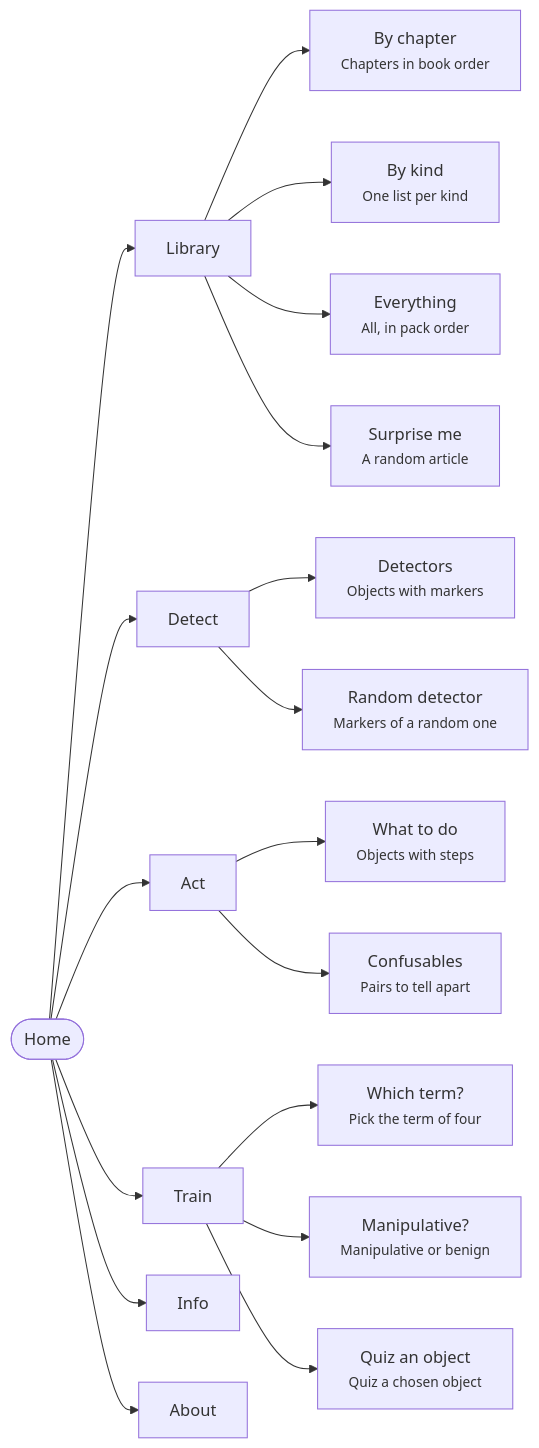
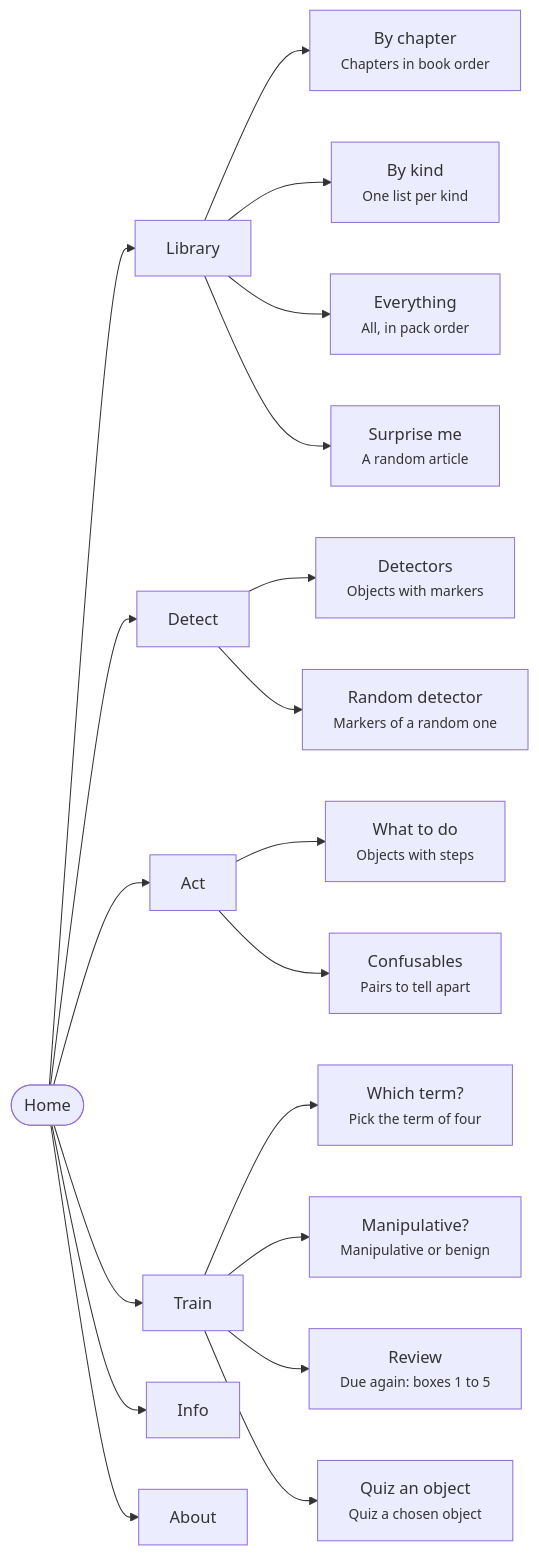
One commit to korczis/prismatic-flipperzero changed the first of 3 diagrams in README.md. Above: the diagram before and after it, drawn with Mermaid. The commit also changed other lines of this file and 27 other files, not shown here.

````diff
--- a/README.md
+++ b/README.md
@@ -98,21 +98,22 @@
 ```mermaid
 flowchart LR
   home(["Home"])
   home --> h0["Library"]
   h0 --> h0e0["By chapter<br/><small>Chapters in book order</small>"]
   h0 --> h0e1["By kind<br/><small>One list per kind</small>"]
   h0 --> h0e2["Everything<br/><small>All, in pack order</small>"]
   h0 --> h0e3["Surprise me<br/><small>A random article</small>"]
   home --> h1["Detect"]
   h1 --> h1e0["Detectors<br/><small>Objects with markers</small>"]
   h1 --> h1e1["Random detector<br/><small>Markers of a random one</small>"]
   home --> h2["Act"]
   h2 --> h2e0["What to do<br/><small>Objects with steps</small>"]
   h2 --> h2e1["Confusables<br/><small>Pairs to tell apart</small>"]
   home --> h3["Train"]
   h3 --> h3e0["Which term?<br/><small>Pick the term of four</small>"]
   h3 --> h3e1["Manipulative?<br/><small>Manipulative or benign</small>"]
-  h3 --> h3e2["Quiz an object<br/><small>Quiz a chosen object</small>"]
+  h3 --> h3e2["Review<br/><small>Due again: boxes 1 to 5</small>"]
+  h3 --> h3e3["Quiz an object<br/><small>Quiz a chosen object</small>"]
   home --> t0["Info"]
   home --> t1["About"]
 ```
````
